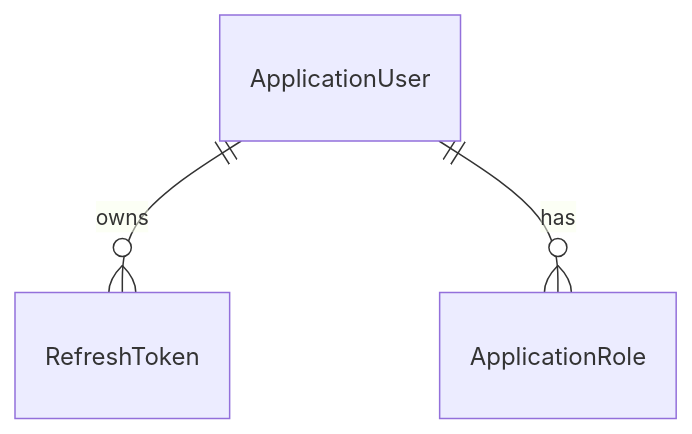
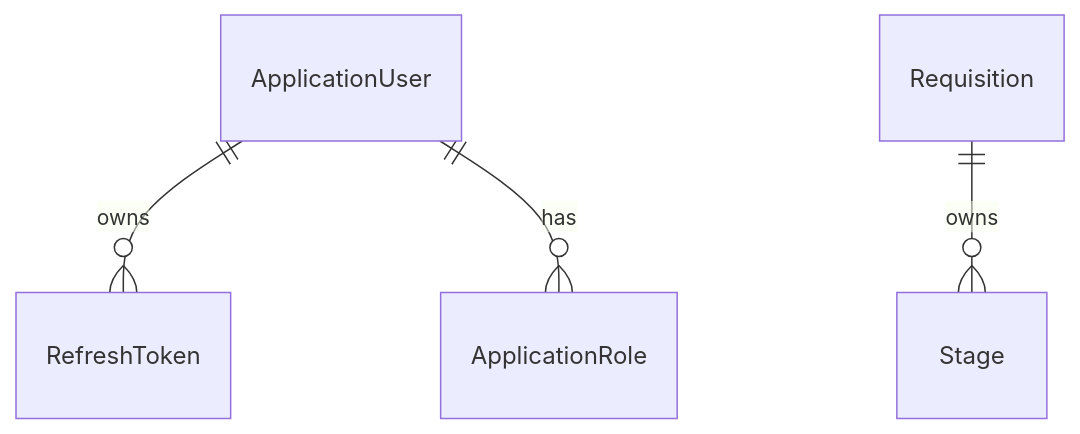
The second of 2 diagrams in docs/specs/meta/architecture.md (deenath400/D4FAPE_ATS), drawn with Mermaid before and after one commit. The commit also changed other lines of this file and 16 other files, not shown here.

````diff
--- a/docs/specs/meta/architecture.md
+++ b/docs/specs/meta/architecture.md
@@ -91,5 +92,6 @@
 ```mermaid
 erDiagram
   ApplicationUser ||--o{ RefreshToken : owns
   ApplicationUser ||--o{ ApplicationRole : has
+  Requisition ||--o{ Stage : owns
 ```
````
